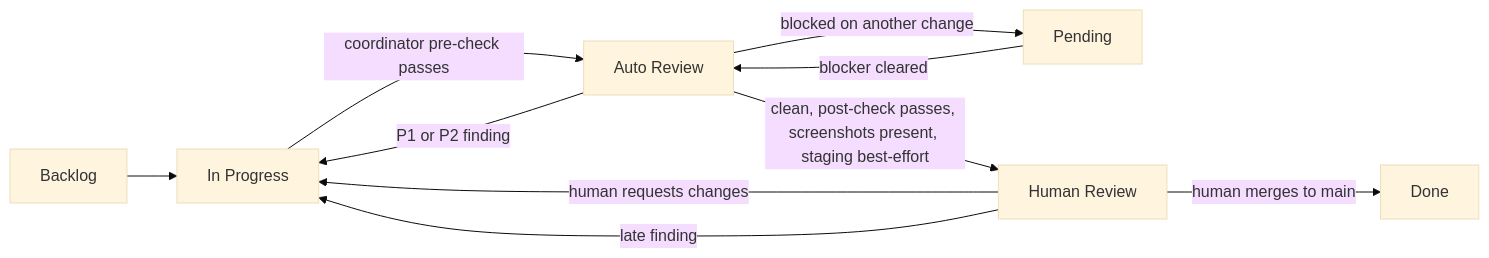
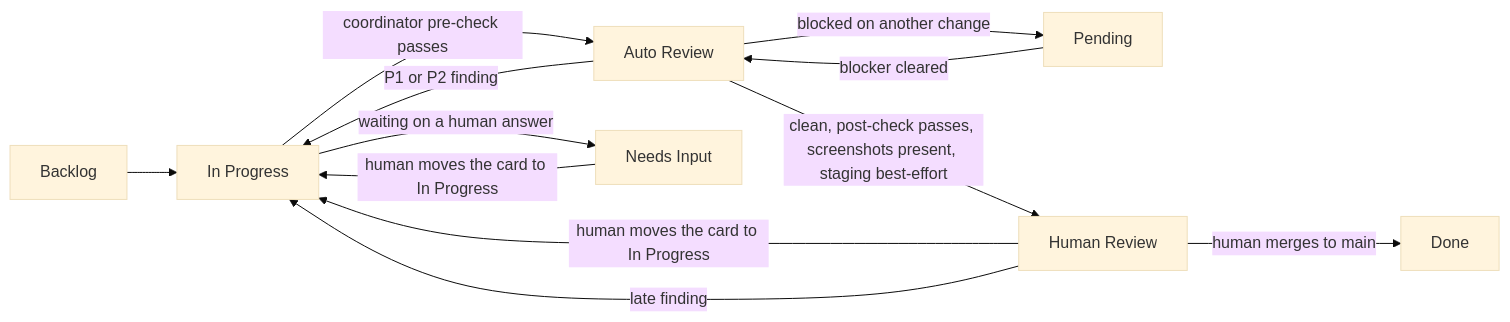
The diagram in workflow.md (tangentcode/methodology), drawn with Mermaid (base theme) before and after one commit. The commit also changed other lines of this file and 2 other files, not shown here.

First line of the commit message:
docs: only an explicit column move leaves Human Review or Needs Input

````diff
--- a/workflow.md
+++ b/workflow.md
@@ -26,12 +34,14 @@
 ```mermaid
 flowchart LR
     B[Backlog] --> IP[In Progress]
     IP -->|coordinator pre-check passes| AR[Auto Review]
     AR -->|P1 or P2 finding| IP
     AR -->|blocked on another change| P[Pending]
     P -->|blocker cleared| AR
+    IP -->|waiting on a human answer| NI[Needs Input]
+    NI -->|human moves the card to In Progress| IP
     AR -->|clean, post-check passes, screenshots present, staging best-effort| HR[Human Review]
-    HR -->|human requests changes| IP
+    HR -->|human moves the card to In Progress| IP
     HR -->|late finding| IP
     HR -->|human merges to main| D[Done]
 ```
````
